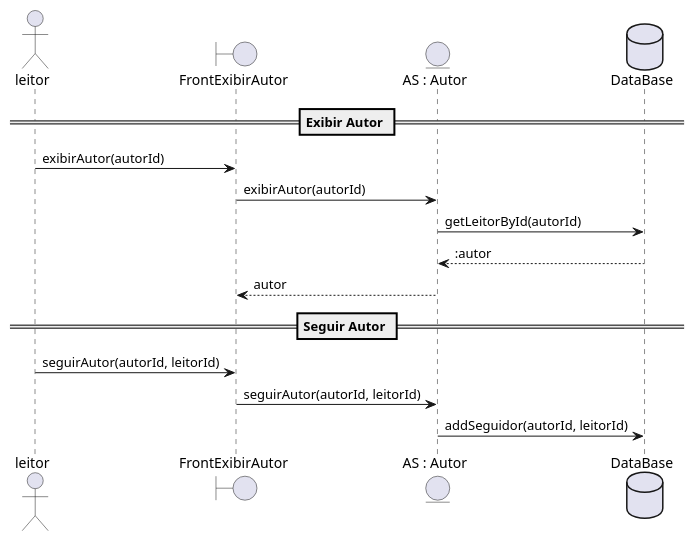
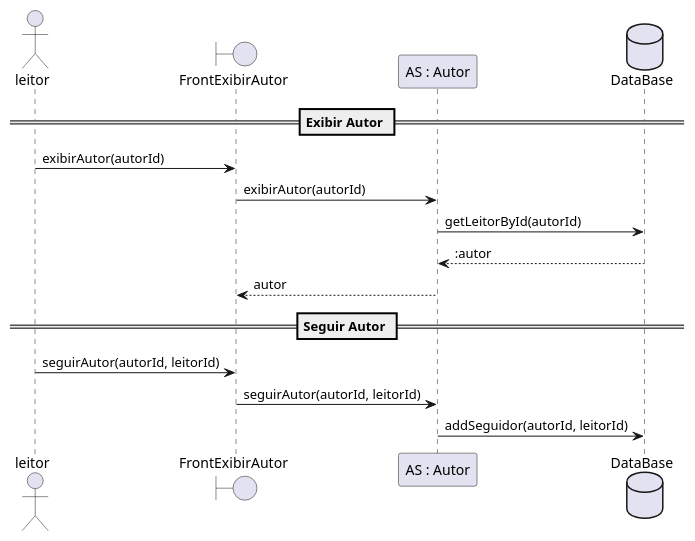
The diagram in docs/diagramas/sequenciaSeguir.plantuml (ThiagoAndradeRamalho/BibliotecaPessoal), drawn with PlantUML before and after one commit. The commit also changed 2 other files, not shown here.

```diff
--- a/docs/diagramas/sequenciaSeguir.plantuml
+++ b/docs/diagramas/sequenciaSeguir.plantuml
@@ -1,18 +1,18 @@
 @startuml Biblioteca Pessoal Sequencia Seguir Autor
     actor leitor
     boundary FrontExibirAutor
-    entity "AS : Autor" as Autor
+    participant "AS : Autor" as Autor
     database DataBase
 
     == Exibir Autor ==
     leitor -> FrontExibirAutor : exibirAutor(autorId)
     FrontExibirAutor -> Autor : exibirAutor(autorId)
     Autor -> DataBase : getLeitorById(autorId)
     DataBase --> Autor : :autor
     Autor --> FrontExibirAutor : autor
 
     == Seguir Autor ==
     leitor -> FrontExibirAutor : seguirAutor(autorId, leitorId)
     FrontExibirAutor -> Autor : seguirAutor(autorId, leitorId)
     Autor -> DataBase : addSeguidor(autorId, leitorId)
 @enduml
```
